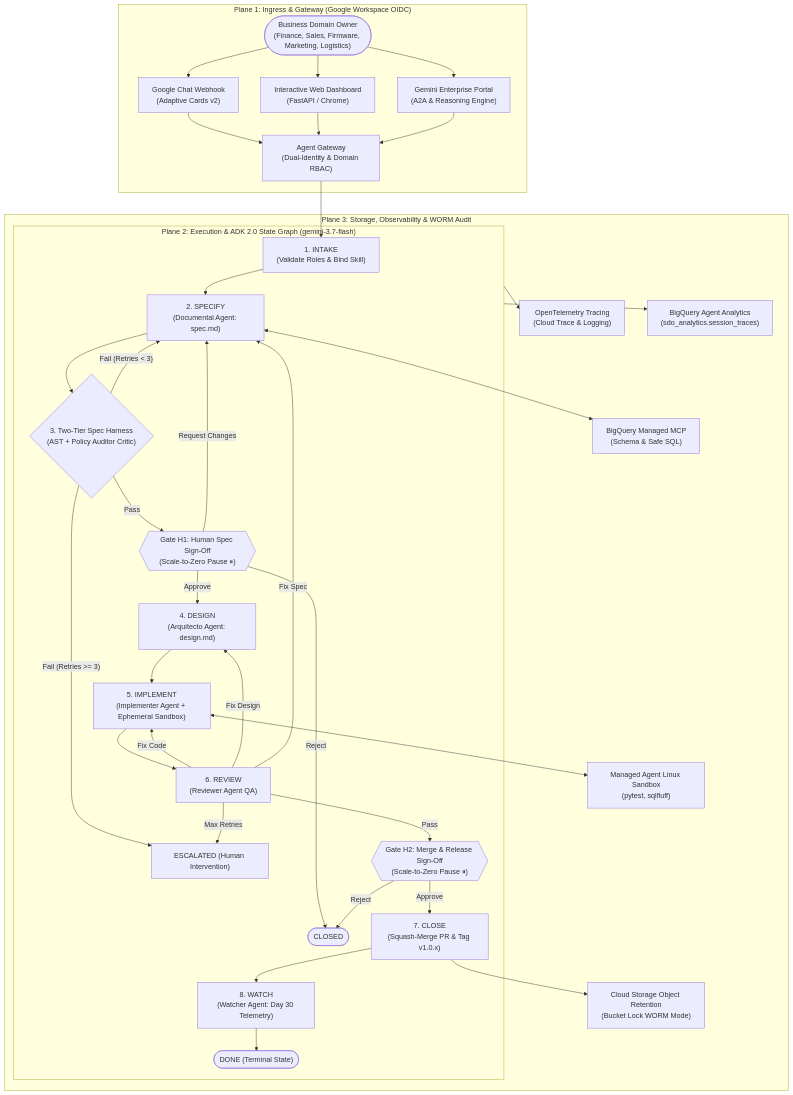
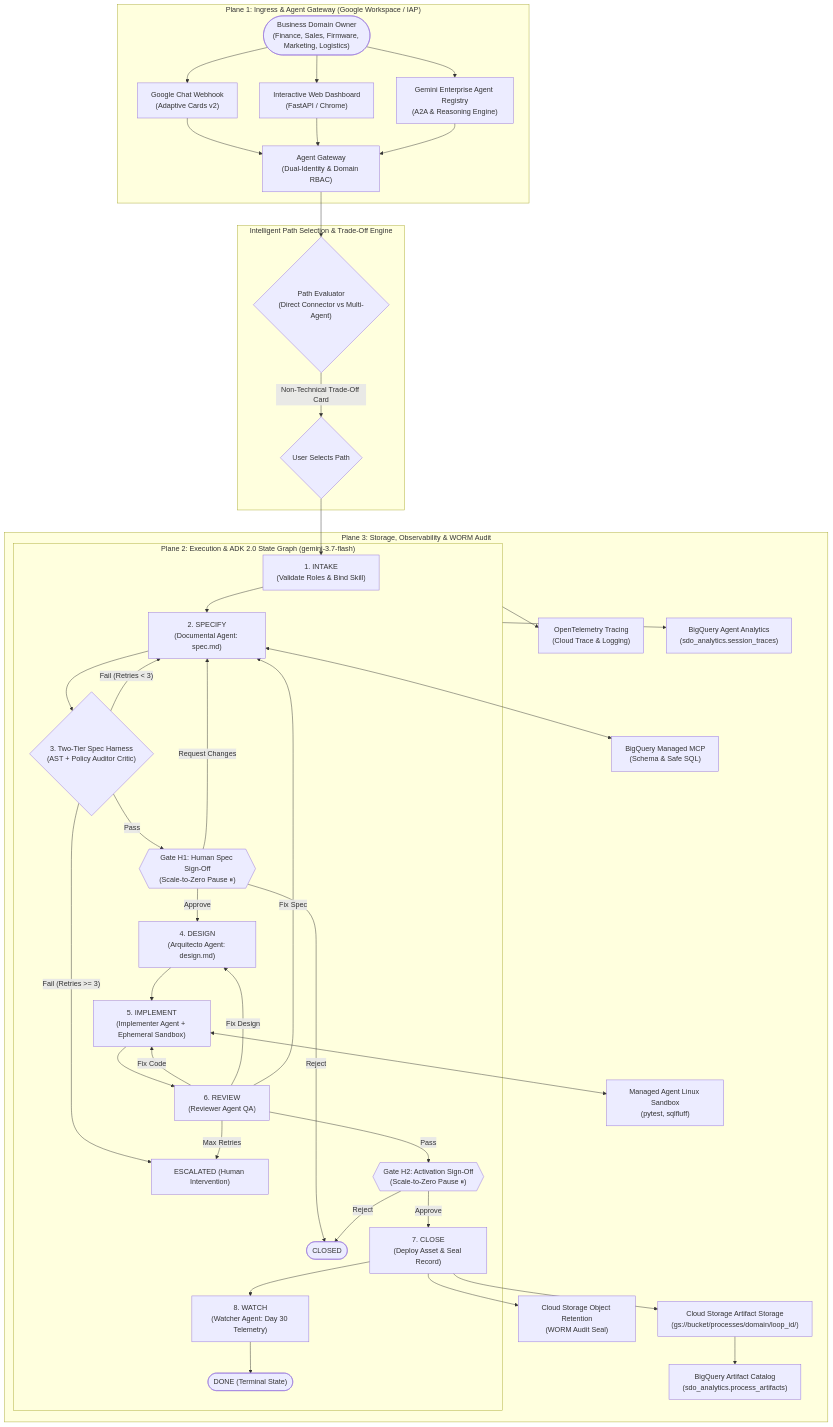
One commit to Gbrit642/sdo-delivery-platform changed the diagram in README.md. Above: the diagram before and after it, drawn with Mermaid. The commit also changed other lines of this file and 9 other files, not shown here.

Commit message:
feat: Add delivery path selection, trade-off evaluator, GCS artifact catalog, and updated architecture docs

````diff
--- a/README.md
+++ b/README.md
@@ -49,54 +50,61 @@
 ```mermaid
 flowchart TD
-    subgraph Ingress ["Plane 1: Ingress & Gateway (Google Workspace OIDC)"]
+    subgraph Ingress ["Plane 1: Ingress & Agent Gateway (Google Workspace / IAP)"]
         User(["Business Domain Owner\n(Finance, Sales, Firmware, Marketing, Logistics)"])
         Chat["Google Chat Webhook\n(Adaptive Cards v2)"]
         WebUI["Interactive Web Dashboard\n(FastAPI / Chrome)"]
-        GE["Gemini Enterprise Portal\n(A2A & Reasoning Engine)"]
+        GE["Gemini Enterprise Agent Registry\n(A2A & Reasoning Engine)"]
         
         User --> Chat
         User --> WebUI
         User --> GE
         
         Chat --> AGW["Agent Gateway\n(Dual-Identity & Domain RBAC)"]
         WebUI --> AGW
         GE --> AGW
     end
 
+    subgraph SelectionLayer ["Intelligent Path Selection & Trade-Off Engine"]
+        AGW --> EVALUATOR{"Path Evaluator\n(Direct Connector vs Multi-Agent)"}
+        EVALUATOR -->|Non-Technical Trade-Off Card| UserChoice{"User Selects Path"}
+    end
+
     subgraph StateGraph ["Plane 2: Execution & ADK 2.0 State Graph (gemini-3.7-flash)"]
-        AGW --> INTAKE["1. INTAKE\n(Validate Roles & Bind Skill)"]
+        UserChoice --> INTAKE["1. INTAKE\n(Validate Roles & Bind Skill)"]
         INTAKE --> SPECIFY["2. SPECIFY\n(Documental Agent: spec.md)"]
         SPECIFY --> SPEC_HARNESS{"3. Two-Tier Spec Harness\n(AST + Policy Auditor Critic)"}
         
         SPEC_HARNESS -- Pass --> GATE_H1{{"Gate H1: Human Spec Sign-Off\n(Scale-to-Zero Pause ⏸)"}}
         SPEC_HARNESS -- Fail (Retries < 3) --> SPECIFY
         SPEC_HARNESS -- Fail (Retries >= 3) --> ESCALATE["ESCALATED (Human Intervention)"]
         
         GATE_H1 -- Approve --> DESIGN["4. DESIGN\n(Arquitecto Agent: design.md)"]
         GATE_H1 -- Request Changes --> SPECIFY
         GATE_H1 -- Reject --> CLOSED(["CLOSED"])
         
         DESIGN --> IMPLEMENT["5. IMPLEMENT\n(Implementer Agent + Ephemeral Sandbox)"]
         IMPLEMENT --> REVIEW["6. REVIEW\n(Reviewer Agent QA)"]
         
-        REVIEW -- Pass --> GATE_H2{{"Gate H2: Merge & Release Sign-Off\n(Scale-to-Zero Pause ⏸)"}}
+        REVIEW -- Pass --> GATE_H2{{"Gate H2: Activation Sign-Off\n(Scale-to-Zero Pause ⏸)"}}
         REVIEW -- Fix Code --> IMPLEMENT
         REVIEW -- Fix Design --> DESIGN
         REVIEW -- Fix Spec --> SPECIFY
         REVIEW -- Max Retries --> ESCALATE
         
-        GATE_H2 -- Approve --> CLOSE["7. CLOSE\n(Squash-Merge PR & Tag v1.0.x)"]
+        GATE_H2 -- Approve --> CLOSE["7. CLOSE\n(Deploy Asset & Seal Record)"]
         GATE_H2 -- Reject --> CLOSED
         
         CLOSE --> WATCH["8. WATCH\n(Watcher Agent: Day 30 Telemetry)"]
         WATCH --> DONE(["DONE (Terminal State)"])
     end
 
     subgraph PlatformServices ["Plane 3: Storage, Observability & WORM Audit"]
         IMPLEMENT <--> SANDBOX["Managed Agent Linux Sandbox\n(pytest, sqlfluff)"]
         SPECIFY <--> BQ_MCP["BigQuery Managed MCP\n(Schema & Safe SQL)"]
-        CLOSE --> GCS_WORM["Cloud Storage Object Retention\n(Bucket Lock WORM Mode)"]
+        CLOSE --> GCS_WORM["Cloud Storage Object Retention\n(WORM Audit Seal)"]
+        CLOSE --> GCS_ART["Cloud Storage Artifact Storage\n(gs://bucket/processes/domain/loop_id/)"]
+        GCS_ART --> BQ_CATALOG["BigQuery Artifact Catalog\n(sdo_analytics.process_artifacts)"]
         StateGraph --> OTEL["OpenTelemetry Tracing\n(Cloud Trace & Logging)"]
         StateGraph --> BQ_ANALYTICS["BigQuery Agent Analytics\n(sdo_analytics.session_traces)"]
     end
 ```
````
